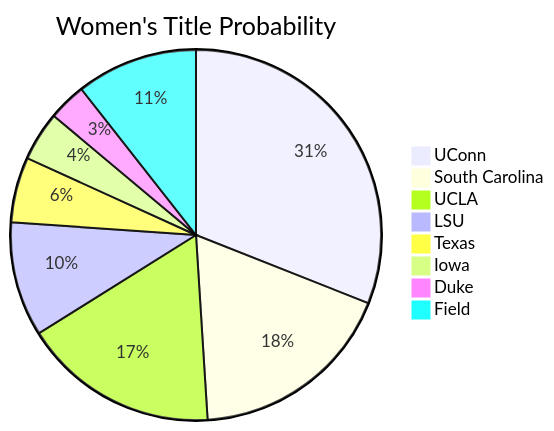
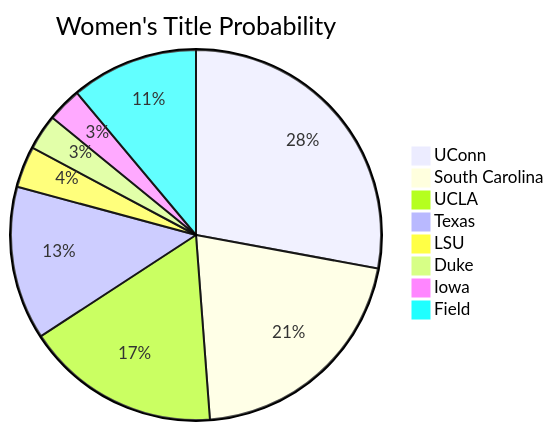
One commit to Princeu3/march-madness-2026-predictions changed the second of 4 diagrams in README.md. Above: the diagram before and after it, drawn with Mermaid. The commit also changed other lines of this file and 1 other file, not shown here.

````diff
--- a/README.md
+++ b/README.md
@@ -44,11 +47,11 @@
 ```mermaid
 pie title Women's Title Probability
-    "UConn" : 31.0
-    "South Carolina" : 18.0
-    "UCLA" : 17.1
-    "LSU" : 10.0
-    "Texas" : 5.7
-    "Iowa" : 4.3
-    "Duke" : 3.3
-    "Field" : 10.6
+    "UConn" : 27.9
+    "South Carolina" : 20.9
+    "UCLA" : 17.0
+    "Texas" : 13.4
+    "LSU" : 3.6
+    "Duke" : 3.1
+    "Iowa" : 3.0
+    "Field" : 11.1
 ```
````
